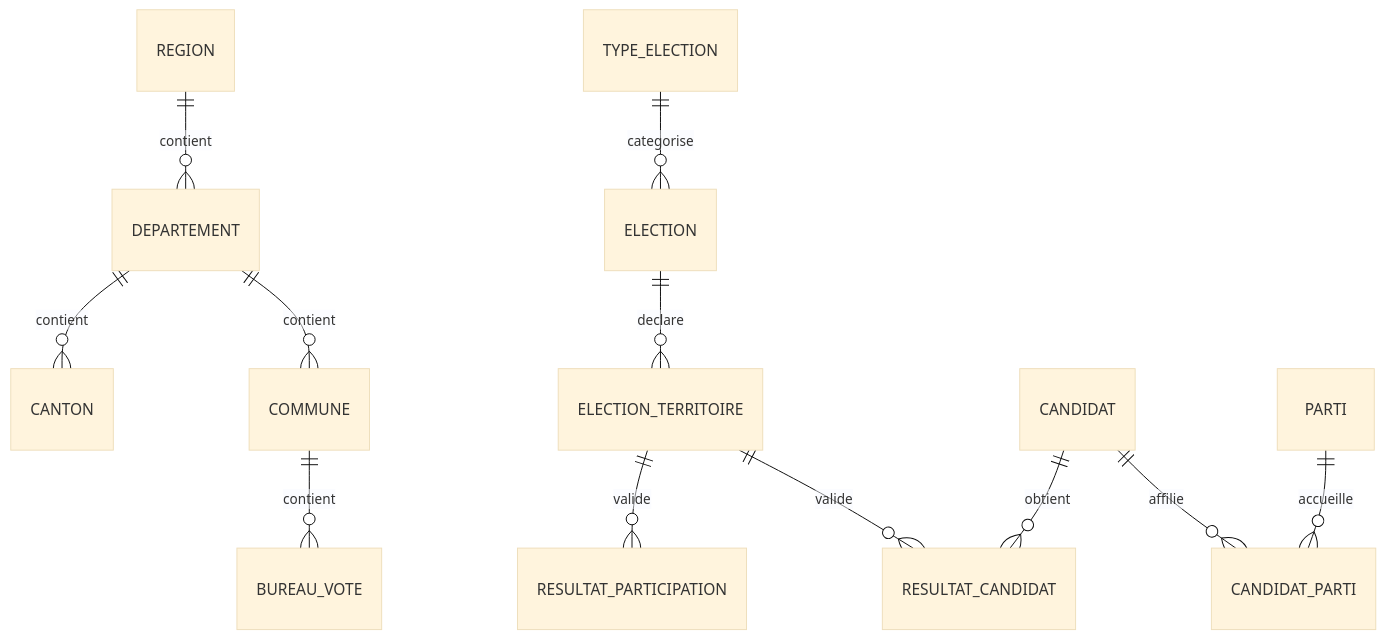
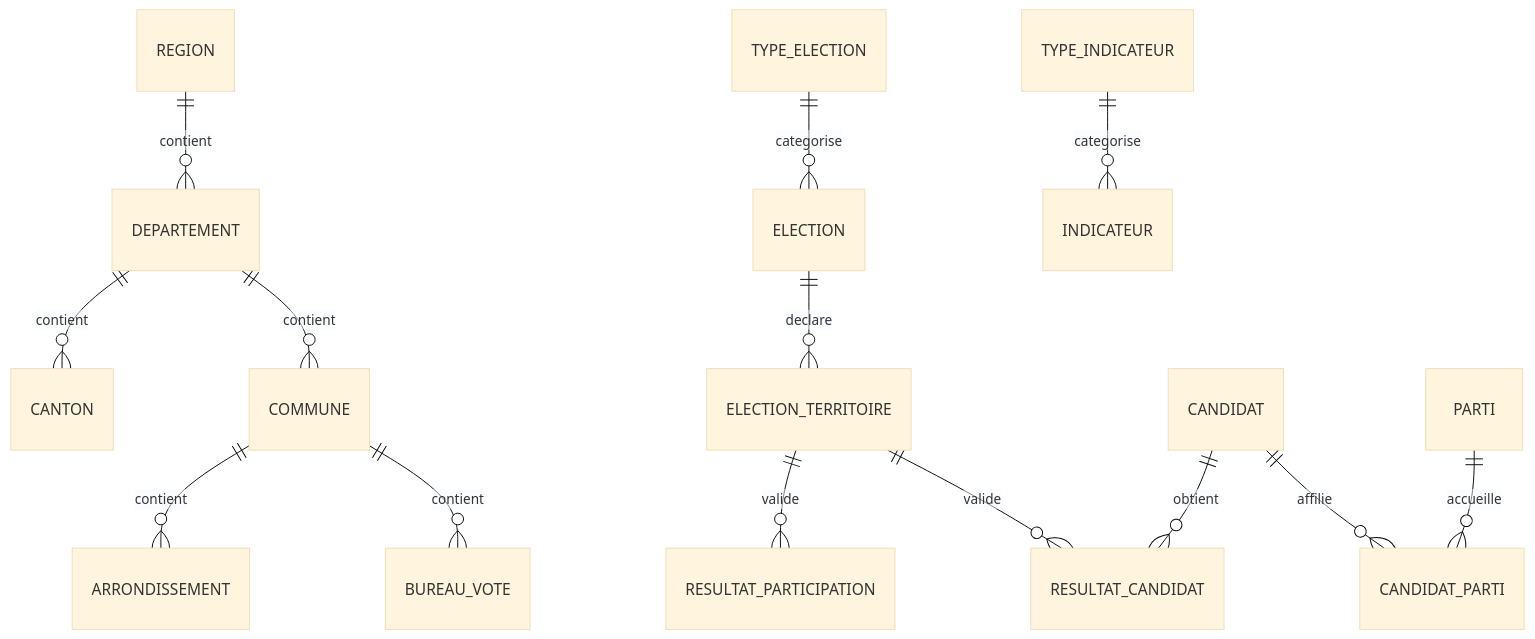
One commit to Sam-rst/EPSI_M1_MSPR-Groupe_RYMS changed the first of 5 diagrams in docs/02-architecture/ARCHITECTURE.md. Above: the diagram before and after it, drawn with Mermaid (base theme). The commit also changed other lines of this file and 21 other files, not shown here.

````diff
--- a/docs/02-architecture/ARCHITECTURE.md
+++ b/docs/02-architecture/ARCHITECTURE.md
@@ -35,16 +35,19 @@
 ```mermaid
 erDiagram
     REGION ||--o{ DEPARTEMENT : "contient"
     DEPARTEMENT ||--o{ CANTON : "contient"
     DEPARTEMENT ||--o{ COMMUNE : "contient"
+    COMMUNE ||--o{ ARRONDISSEMENT : "contient"
     COMMUNE ||--o{ BUREAU_VOTE : "contient"
 
     CANDIDAT ||--o{ CANDIDAT_PARTI : "affilie"
     PARTI ||--o{ CANDIDAT_PARTI : "accueille"
 
     TYPE_ELECTION ||--o{ ELECTION : "categorise"
     ELECTION ||--o{ ELECTION_TERRITOIRE : "declare"
     ELECTION_TERRITOIRE ||--o{ RESULTAT_PARTICIPATION : "valide"
     ELECTION_TERRITOIRE ||--o{ RESULTAT_CANDIDAT : "valide"
     CANDIDAT ||--o{ RESULTAT_CANDIDAT : "obtient"
+
+    TYPE_INDICATEUR ||--o{ INDICATEUR : "categorise"
 ```
````
